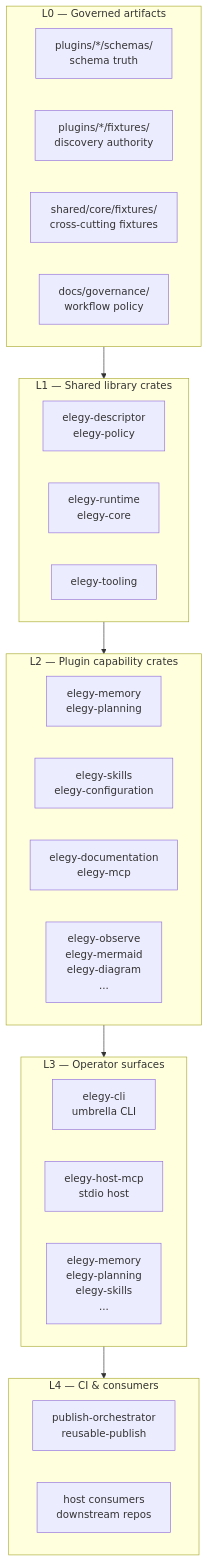
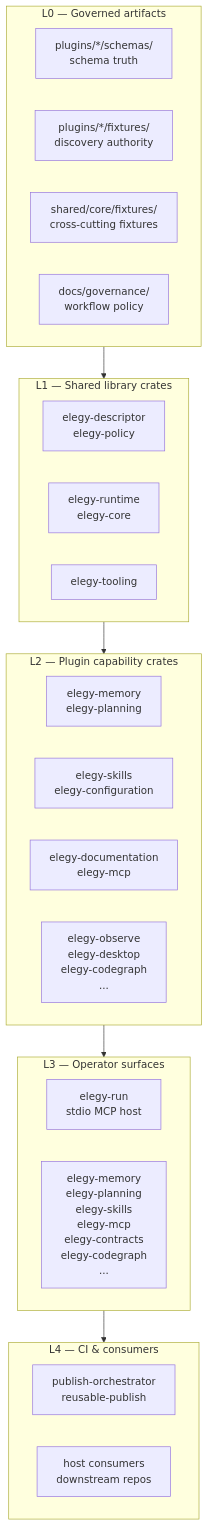
The third of 3 diagrams in docs/architecture/ecosystem-topology.md (Sofreshx/Elegy), drawn with Mermaid before and after one commit. The commit also changed other lines of this file and 64 other files, not shown here.

````diff
--- a/docs/architecture/ecosystem-topology.md
+++ b/docs/architecture/ecosystem-topology.md
@@ -201,38 +204,37 @@
 ```mermaid
 flowchart TB
     subgraph L0["L0 — Governed artifacts"]
         schemas["plugins/*/schemas/\nschema truth"]
         fixtures_l0["plugins/*/fixtures/\ndiscovery authority"]
         crosscuts_l0["shared/core/fixtures/\ncross-cutting fixtures"]
         policy["docs/governance/\nworkflow policy"]
     end
 
     subgraph L1["L1 — Shared library crates"]
         contracts["elegy-descriptor\nelegy-policy"]
         runtime["elegy-runtime\nelegy-core"]
         tooling["elegy-tooling"]
     end
 
     subgraph L2["L2 — Plugin capability crates"]
         memory["elegy-memory\nelegy-planning"]
         skills["elegy-skills\nelegy-configuration"]
         docs_feat["elegy-documentation\nelegy-mcp"]
-        other["elegy-observe\nelegy-mermaid\nelegy-diagram\n..."]
+        other["elegy-observe\nelegy-desktop\nelegy-codegraph\n..."]
     end
 
     subgraph L3["L3 — Operator surfaces"]
-        cli["elegy-cli\numbrella CLI"]
-        host["elegy-host-mcp\nstdio host"]
-        dedicated["elegy-memory\nelegy-planning\nelegy-skills\n..."]
+        run["elegy-run\nstdio MCP host"]
+        dedicated["elegy-memory\nelegy-planning\nelegy-skills\nelegy-mcp\nelegy-contracts\nelegy-codegraph\n..."]
     end
 
     subgraph L4["L4 — CI & consumers"]
         ci["publish-orchestrator\nreusable-publish"]
         consumers["host consumers\ndownstream repos"]
     end
 
     L0 --> L1
     L1 --> L2
     L2 --> L3
     L3 --> L4
 ```
````
